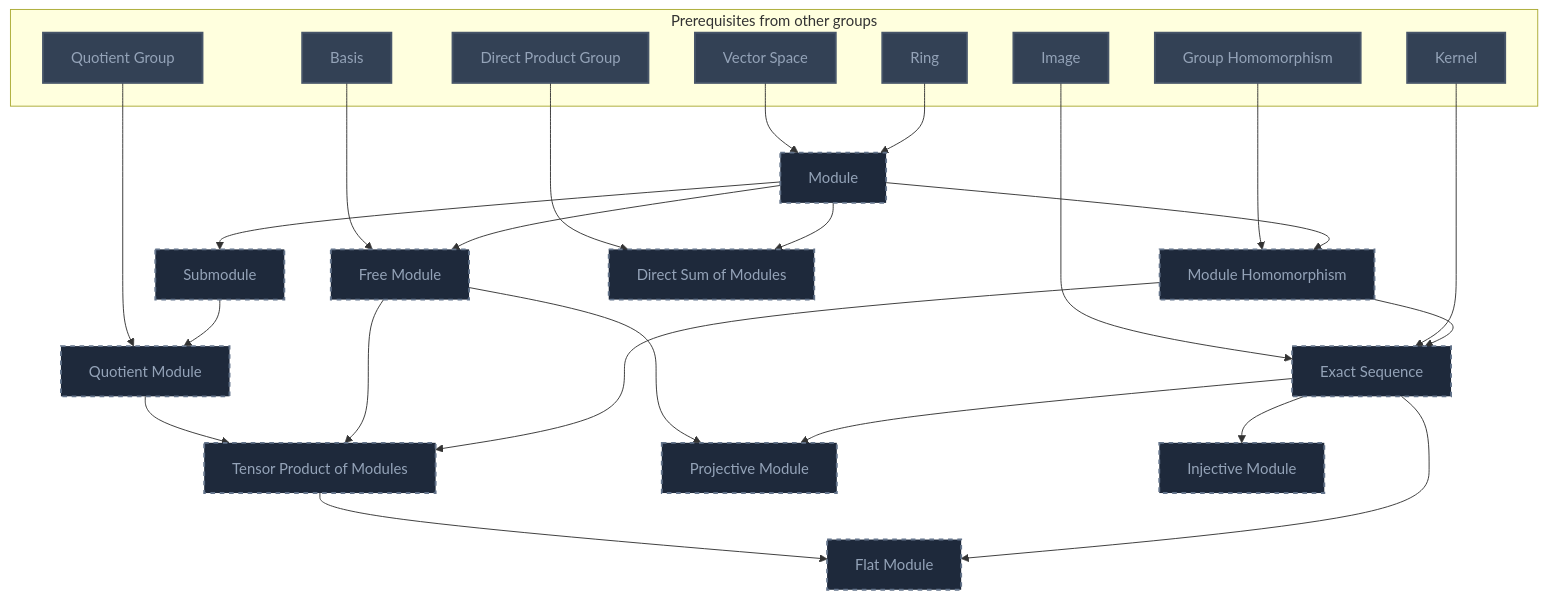
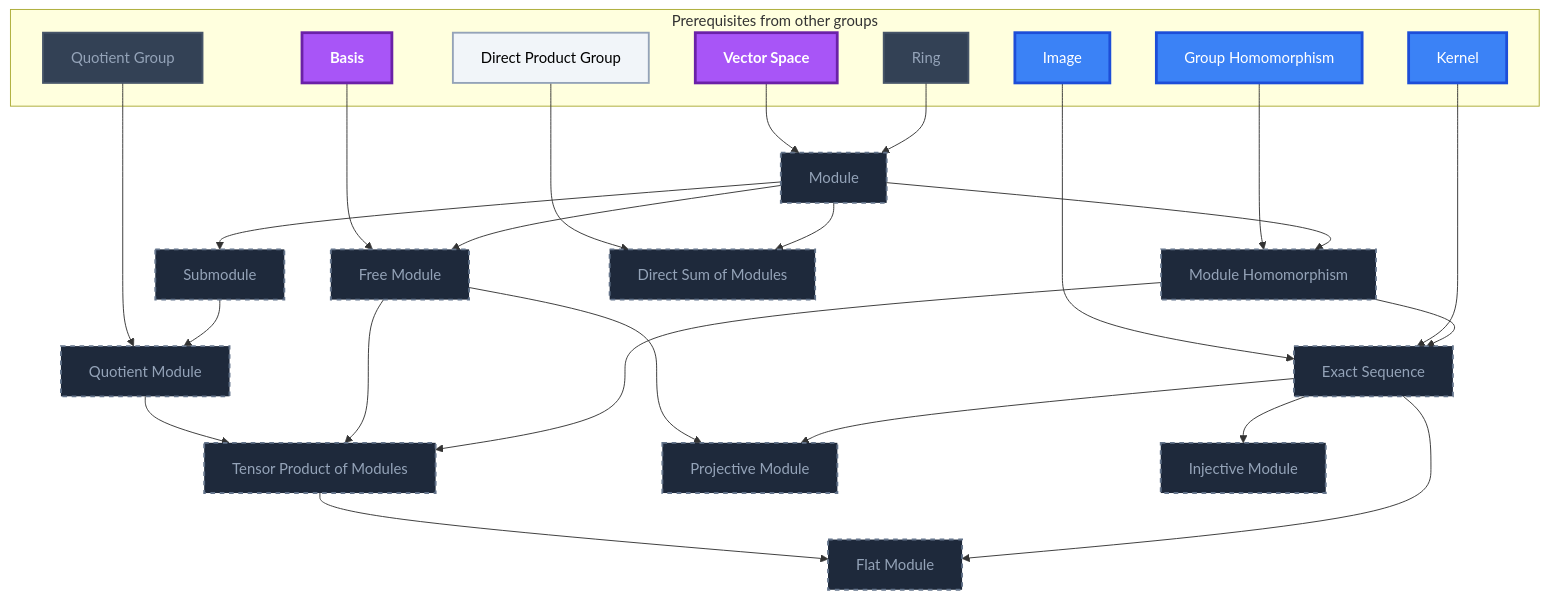
Before and after one commit to MRauf1/My-Notes: diagram 11 of 20 in Gamification/Skill Trees/Abstract Algebra.md, drawn with Mermaid. The commit also changed other lines of this file and 57 other files, not shown here.

````diff
--- a/Gamification/Skill Trees/Abstract Algebra.md
+++ b/Gamification/Skill Trees/Abstract Algebra.md
@@ -806,58 +818,61 @@
 ```mermaid
 flowchart TD
     classDef planned fill:#1E293B,stroke:#64748B,stroke-width:2px,stroke-dasharray:5 5,color:#94A3B8;
     classDef locked fill:#334155,stroke:#475569,stroke-width:2px,color:#94A3B8;
     classDef L0 fill:#F1F5F9,stroke:#94A3B8,stroke-width:2px,color:#000000;
     classDef L1 fill:#22C55E,stroke:#15803D,stroke-width:2px,color:#000000;
     classDef L2 fill:#3B82F6,stroke:#1D4ED8,stroke-width:3px,color:#FFFFFF;
     classDef L3 fill:#A855F7,stroke:#6B21A8,stroke-width:3px,color:#FFFFFF,font-weight:bold;
     classDef L4 fill:#F97316,stroke:#C2410C,stroke-width:4px,color:#000000,font-weight:bold;
     classDef L5 fill:#FFD700,stroke:#FF8C00,stroke-width:5px,color:#000000,font-weight:bold;
     classDef rusty stroke:#8B4513,stroke-width:4px,stroke-dasharray:3 3;
     subgraph sg_prereqs["Prerequisites from other groups"]
         n_ring["Ring"]
         n_vector_space["Vector Space"]
         n_group_homomorphism["Group Homomorphism"]
         n_quotient_group["Quotient Group"]
         n_basis["Basis"]
         n_direct_product_group["Direct Product Group"]
         n_kernel["Kernel"]
         n_image["Image"]
     end
     n_module["Module"]
     n_submodule["Submodule"]
     n_module_homomorphism["Module Homomorphism"]
     n_quotient_module["Quotient Module"]
     n_free_module["Free Module"]
     n_direct_sum_of_modules["Direct Sum of Modules"]
     n_tensor_product_of_modules["Tensor Product of Modules"]
     n_exact_sequence["Exact Sequence"]
     n_projective_module["Projective Module"]
     n_injective_module["Injective Module"]
     n_flat_module["Flat Module"]
     n_ring --> n_module
     n_vector_space --> n_module
     n_module --> n_submodule
     n_module --> n_module_homomorphism
     n_group_homomorphism --> n_module_homomorphism
     n_submodule --> n_quotient_module
     n_quotient_group --> n_quotient_module
     n_module --> n_free_module
     n_basis --> n_free_module
     n_module --> n_direct_sum_of_modules
     n_direct_product_group --> n_direct_sum_of_modules
     n_module_homomorphism --> n_tensor_product_of_modules
     n_free_module --> n_tensor_product_of_modules
     n_quotient_module --> n_tensor_product_of_modules
     n_module_homomorphism --> n_exact_sequence
     n_kernel --> n_exact_sequence
     n_image --> n_exact_sequence
     n_exact_sequence --> n_projective_module
     n_free_module --> n_projective_module
     n_exact_sequence --> n_injective_module
     n_exact_sequence --> n_flat_module
     n_tensor_product_of_modules --> n_flat_module
     class n_module,n_submodule,n_module_homomorphism,n_quotient_module,n_free_module,n_direct_sum_of_modules,n_tensor_product_of_modules,n_exact_sequence,n_projective_module,n_injective_module,n_flat_module planned;
-    class n_ring,n_vector_space,n_group_homomorphism,n_quotient_group,n_basis,n_direct_product_group,n_kernel,n_image locked;
+    class n_ring,n_quotient_group locked;
+    class n_direct_product_group L0;
+    class n_group_homomorphism,n_kernel,n_image L2;
+    class n_vector_space,n_basis L3;
     class n_ring,n_vector_space,n_group_homomorphism,n_quotient_group,n_basis,n_direct_product_group,n_kernel,n_image internal-link;
 ```
````
